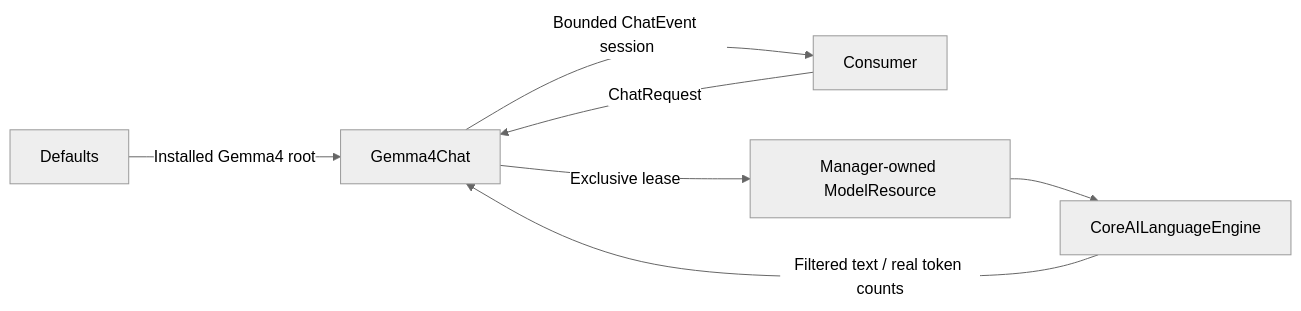
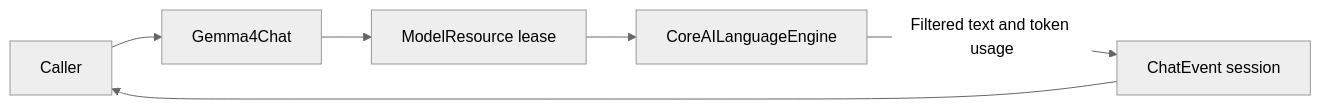
The diagram in MobileHarness/ModelKit/Language/LLM/Gemma4/README.md (devilyouwei/MobileHarness), drawn with Mermaid (neutral theme) before and after one commit. The commit also changed other lines of this file and 116 other files, not shown here.

````diff
--- a/MobileHarness/ModelKit/Language/LLM/Gemma4/README.md
+++ b/MobileHarness/ModelKit/Language/LLM/Gemma4/README.md
@@ -11,9 +15,8 @@
 ```mermaid
 flowchart LR
-    Defaults -->|Installed Gemma4 root| Adapter[Gemma4Chat]
-    Consumer -->|ChatRequest| Adapter
-    Adapter -->|Exclusive lease| Resource[Manager-owned ModelResource]
-    Resource --> Backend[CoreAILanguageEngine]
-    Backend -->|Filtered text / real token counts| Adapter
-    Adapter -->|Bounded ChatEvent session| Consumer
+ Caller --> Adapter[Gemma4Chat]
+ Adapter --> Lease[ModelResource lease]
+ Lease --> Backend[CoreAILanguageEngine]
+ Backend -->|Filtered text and token usage| Session[ChatEvent session]
+ Session --> Caller
 ```
````
